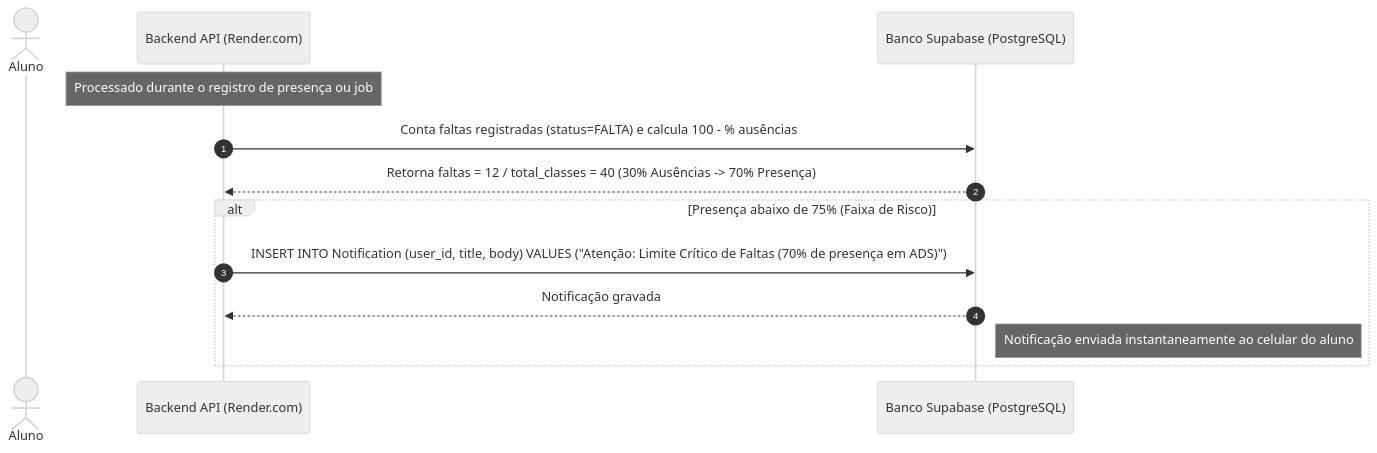
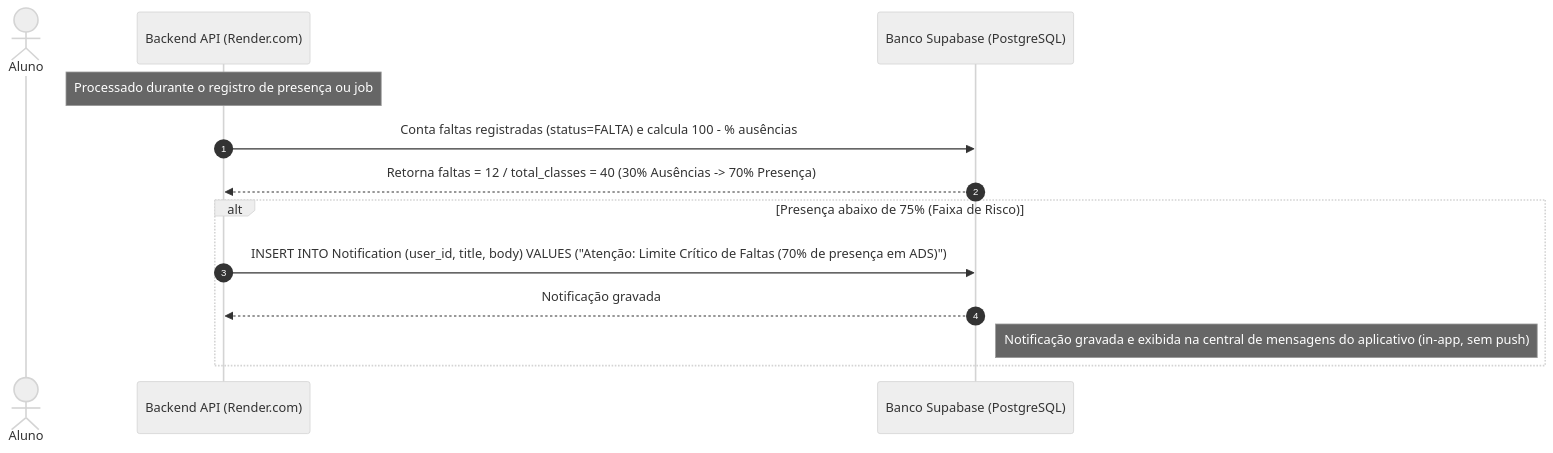
Before and after one commit to caneschi-lais/geoclass: diagram 23 of 24 in documentacao/diagramas/fluxos.md, drawn with Mermaid (neutral theme). The commit also changed other lines of this file and 12 other files, not shown here.

````diff
--- a/documentacao/diagramas/fluxos.md
+++ b/documentacao/diagramas/fluxos.md
@@ -826,17 +824,17 @@
 ```mermaid
 sequenceDiagram
     autonumber
     actor Aluno
     participant API as Backend API (Render.com)
     participant DB as Banco Supabase (PostgreSQL)
 
     note over API: Processado durante o registro de presença ou job
     API->>DB: Conta faltas registradas (status=FALTA) e calcula 100 - % ausências
     DB-->>API: Retorna faltas = 12 / total_classes = 40 (30% Ausências -> 70% Presença)
 
     alt Presença abaixo de 75% (Faixa de Risco)
         API->>DB: INSERT INTO Notification (user_id, title, body) VALUES ("Atenção: Limite Crítico de Faltas (70% de presença em ADS)")
         DB-->>API: Notificação gravada
-        note right of DB: Notificação enviada instantaneamente ao celular do aluno
+        note right of DB: Notificação gravada e exibida na central de mensagens do aplicativo (in-app, sem push)
     end
 ```
````
